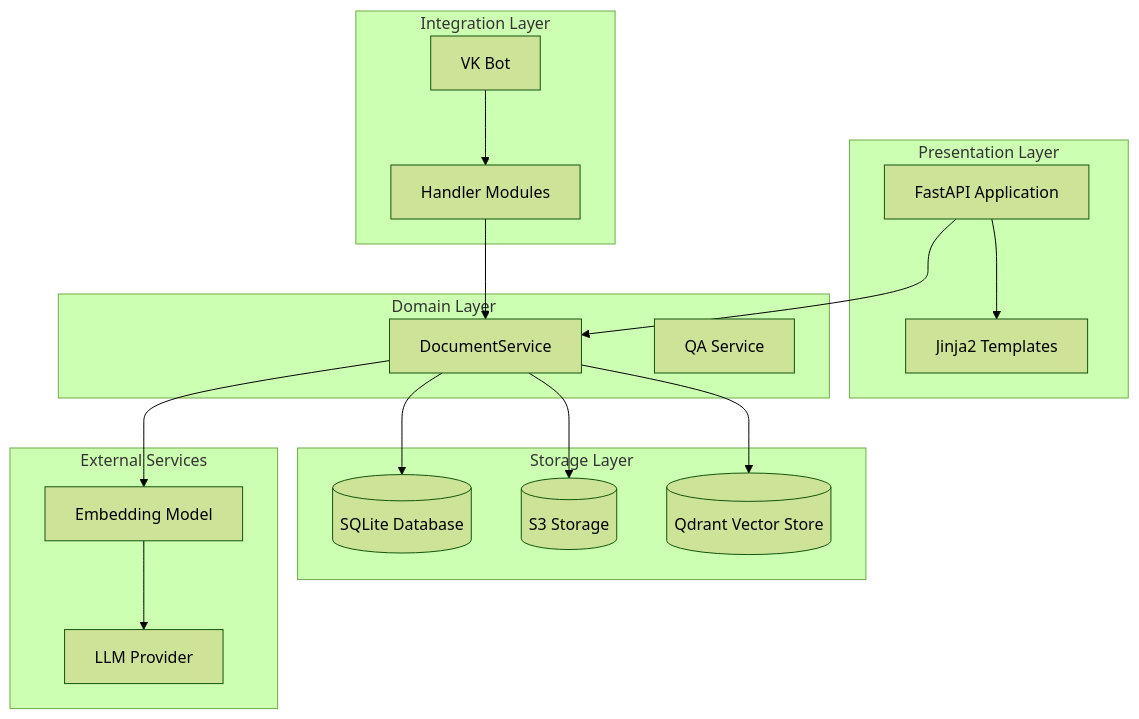
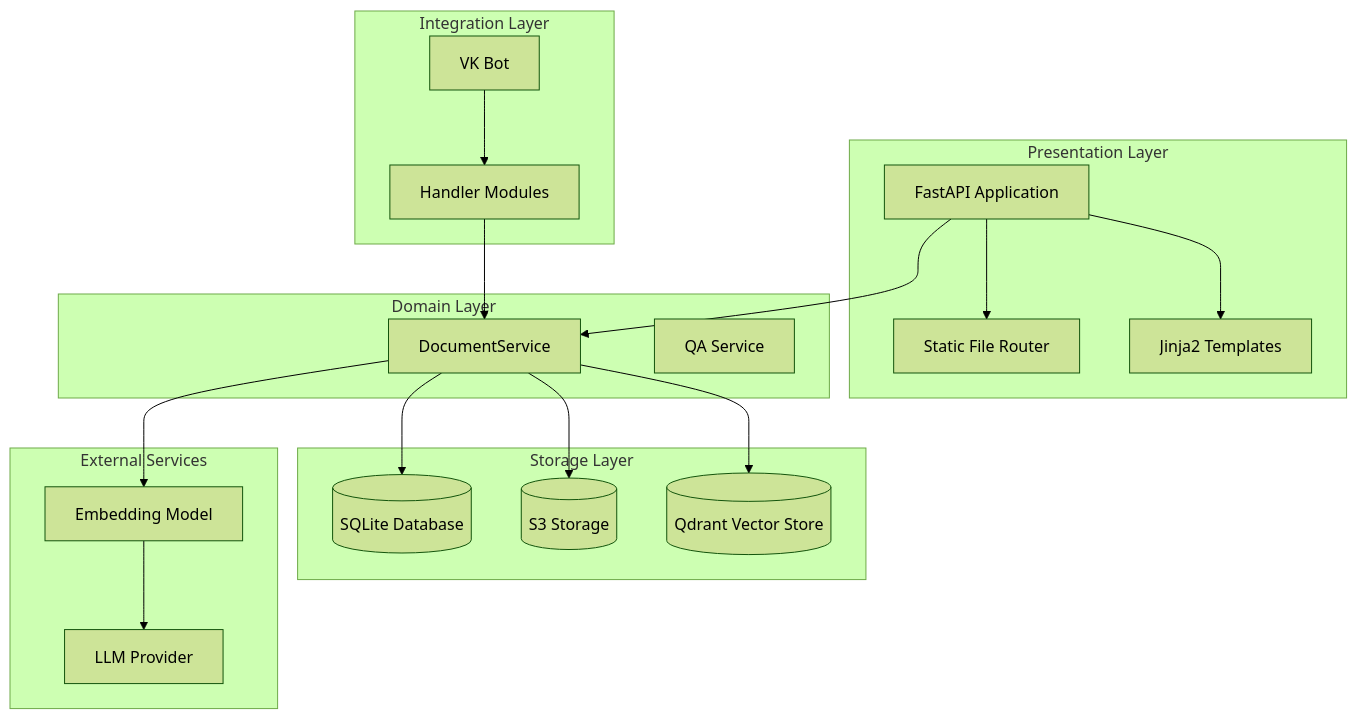
One commit to ognelis/cafetera_hr_bot changed the first of 7 diagrams in .qoder/repowiki/en/content/Development Workflow/Main Application Entry Point.md. Above: the diagram before and after it, drawn with Mermaid (forest theme). The commit also changed other lines of this file and 5 other files, not shown here.

````diff
--- a/.qoder/repowiki/en/content/Development Workflow/Main Application Entry Point.md
+++ b/.qoder/repowiki/en/content/Development Workflow/Main Application Entry Point.md
@@ -44,33 +52,35 @@
 ```mermaid
 graph TB
 subgraph "Presentation Layer"
 API[FastAPI Application]
+Static[Static File Router]
 Templates[Jinja2 Templates]
 end
 subgraph "Domain Layer"
 DocService[DocumentService]
 QAService[QA Service]
 end
 subgraph "Integration Layer"
 VKBot[VK Bot]
 Handlers[Handler Modules]
 end
 subgraph "Storage Layer"
 SQLite[(SQLite Database)]
 S3[(S3 Storage)]
 Qdrant[(Qdrant Vector Store)]
 end
 subgraph "External Services"
 LLM[LLM Provider]
 Embeddings[Embedding Model]
 end
 API --> DocService
+API --> Static
 API --> Templates
 DocService --> SQLite
 DocService --> S3
 DocService --> Qdrant
 DocService --> Embeddings
 Embeddings --> LLM
 VKBot --> Handlers
 Handlers --> DocService
 ```
````
